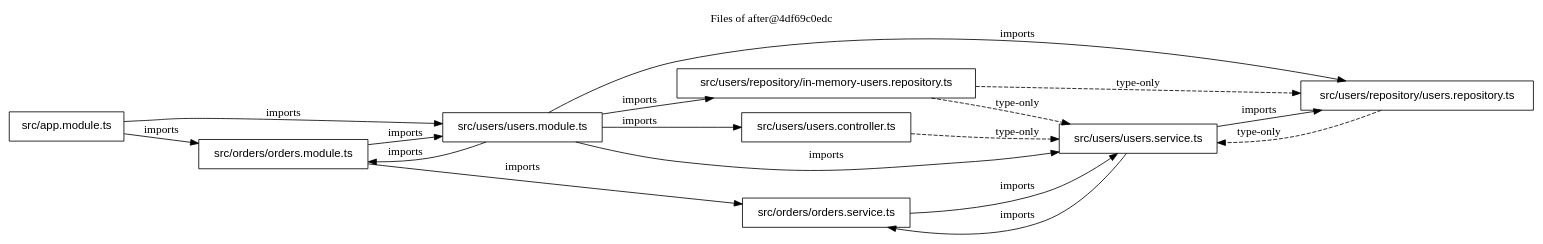
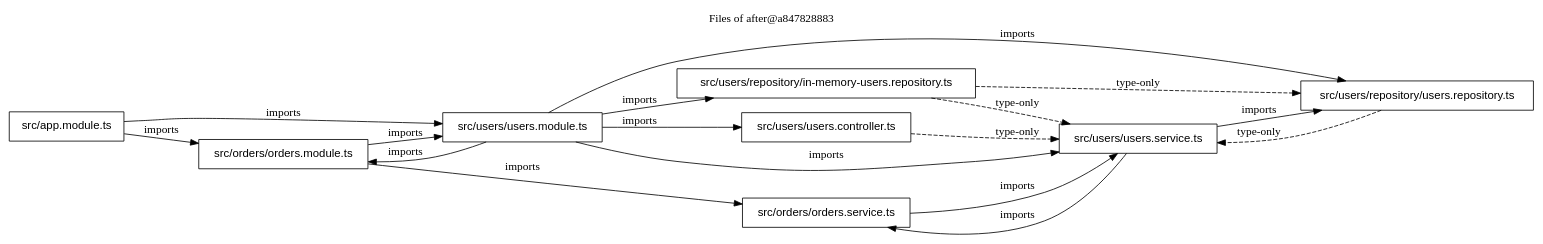
One commit to FullFran/archsieve changed the diagram in examples/nest-shop/files-after.dot. Above: the diagram before and after it, drawn with Graphviz. The commit also changed 11 other files, not shown here.

```diff
--- a/examples/nest-shop/files-after.dot
+++ b/examples/nest-shop/files-after.dot
@@ -1,29 +1,29 @@
 digraph archsieve {
   rankdir=LR;
   node [shape=box, fontname="Helvetica"];
-  label="Files of after@4df69c0edc"; labelloc=t;
+  label="Files of after@a847828883"; labelloc=t;
   "src/app.module.ts" [label="src/app.module.ts"];
   "src/orders/orders.module.ts" [label="src/orders/orders.module.ts"];
   "src/orders/orders.service.ts" [label="src/orders/orders.service.ts"];
   "src/users/repository/in-memory-users.repository.ts" [label="src/users/repository/in-memory-users.repository.ts"];
   "src/users/repository/users.repository.ts" [label="src/users/repository/users.repository.ts"];
   "src/users/users.controller.ts" [label="src/users/users.controller.ts"];
   "src/users/users.module.ts" [label="src/users/users.module.ts"];
   "src/users/users.service.ts" [label="src/users/users.service.ts"];
   "src/app.module.ts" -> "src/orders/orders.module.ts" [label="imports"];
   "src/app.module.ts" -> "src/users/users.module.ts" [label="imports"];
   "src/orders/orders.module.ts" -> "src/orders/orders.service.ts" [label="imports"];
   "src/orders/orders.module.ts" -> "src/users/users.module.ts" [label="imports"];
   "src/orders/orders.service.ts" -> "src/users/users.service.ts" [label="imports"];
   "src/users/repository/in-memory-users.repository.ts" -> "src/users/repository/users.repository.ts" [style=dashed, label="type-only"];
   "src/users/repository/in-memory-users.repository.ts" -> "src/users/users.service.ts" [style=dashed, label="type-only"];
   "src/users/repository/users.repository.ts" -> "src/users/users.service.ts" [style=dashed, label="type-only"];
   "src/users/users.controller.ts" -> "src/users/users.service.ts" [style=dashed, label="type-only"];
   "src/users/users.module.ts" -> "src/orders/orders.module.ts" [label="imports"];
   "src/users/users.module.ts" -> "src/users/repository/in-memory-users.repository.ts" [label="imports"];
   "src/users/users.module.ts" -> "src/users/repository/users.repository.ts" [label="imports"];
   "src/users/users.module.ts" -> "src/users/users.controller.ts" [label="imports"];
   "src/users/users.module.ts" -> "src/users/users.service.ts" [label="imports"];
   "src/users/users.service.ts" -> "src/orders/orders.service.ts" [label="imports"];
   "src/users/users.service.ts" -> "src/users/repository/users.repository.ts" [label="imports"];
 }
```
